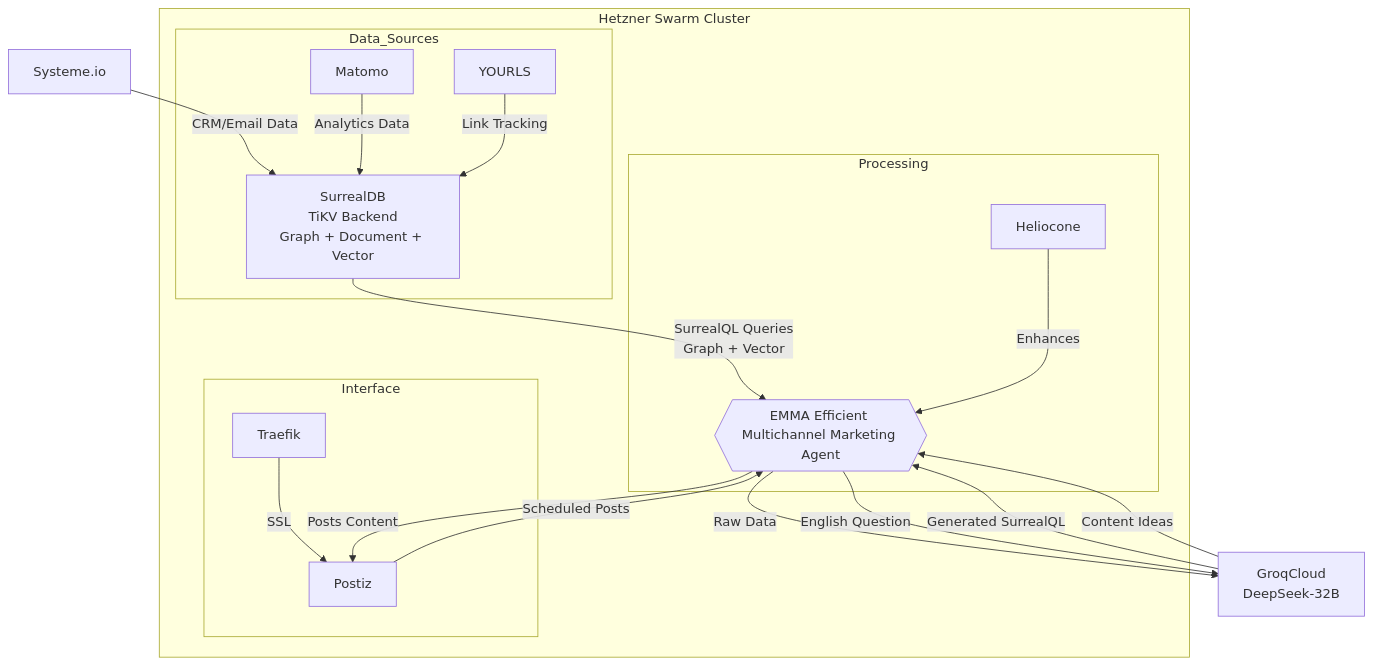
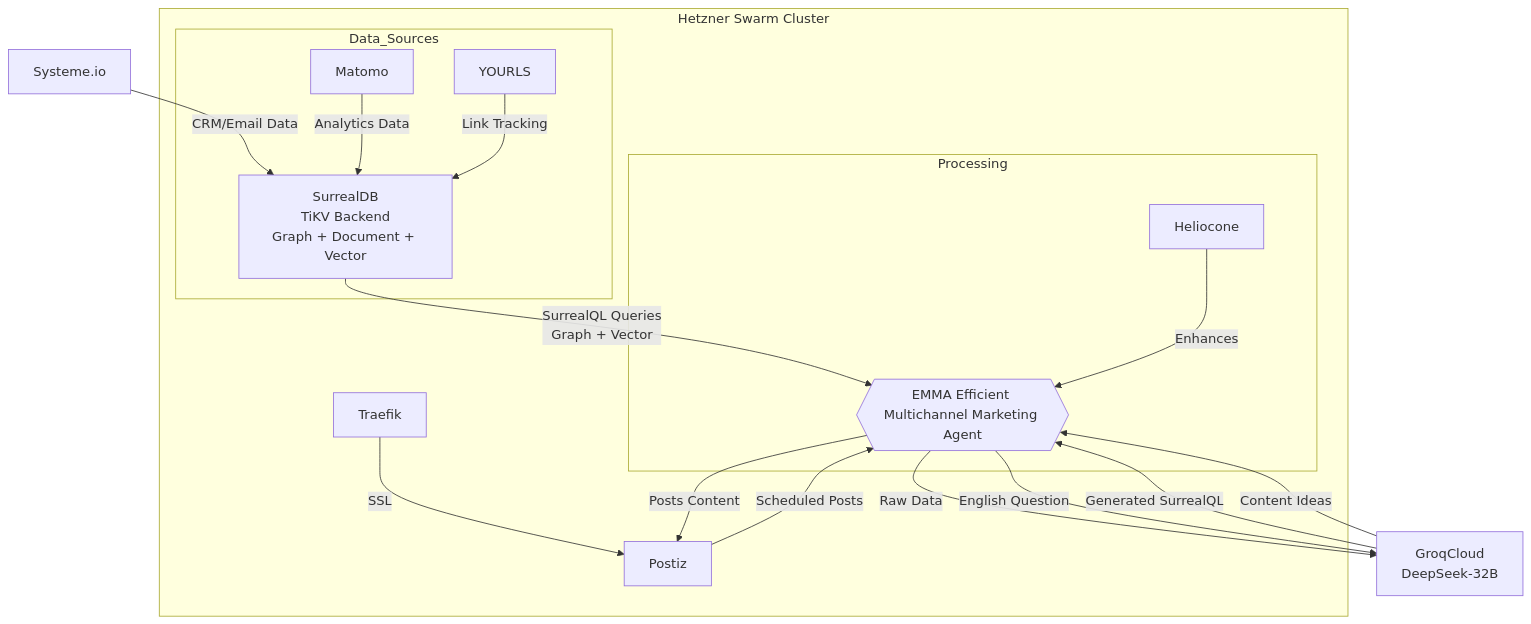
One commit to deepbrainspace/deepbrain-stack changed the third of 4 diagrams in projects/bnb/v6-b.md. Above: the diagram before and after it, drawn with Mermaid. The commit also changed other lines of this file, not shown here.

````diff
--- a/projects/bnb/v6-b.md
+++ b/projects/bnb/v6-b.md
@@ -85,32 +85,28 @@
 ```mermaid
 graph TD
     G[Systeme.io] -->|CRM/Email Data| B[SurrealDB<br>TiKV Backend<br>Graph + Document + Vector]
     subgraph Hetzner_CCX23_Cluster_Docker_Swarm[Hetzner Swarm Cluster]
         A[Matomo] -->|Analytics Data| B
         C[YOURLS] -->|Link Tracking| B
         J[Traefik] -->|SSL| D[Postiz]
         D -->|Scheduled Posts| E{{EMMA Efficient Multichannel Marketing Agent}}
         B -->|SurrealQL Queries<br>Graph + Vector| E
         E -->|Posts Content| D
         L[Heliocone] -->|Enhances| E
         subgraph Data_Sources
             A
             B
             C
         end
 
         subgraph Processing
             E
             L
         end
-        subgraph Interface
-            D
-            J
-        end
     end
     F -->|Generated SurrealQL| E
     E -->|Raw Data| F
     F -->|Content Ideas| E
         
     E -->|English Question| F[GroqCloud<br>DeepSeek-32B]
 ```
````
